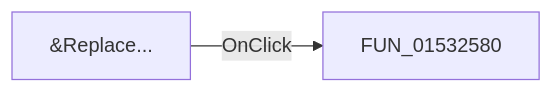
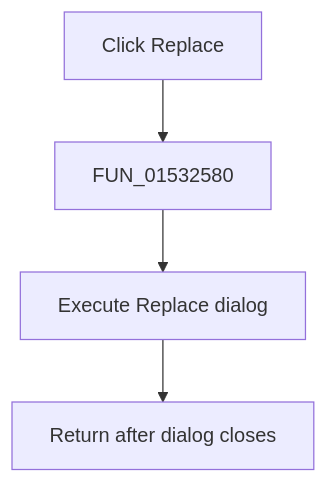
One commit to MovGP0/TIARA changed the diagram in docs/ui-controls/netlisteditor/mireplace-5123458aeb.md. Above: the diagram before and after it, drawn with Mermaid. The commit also changed other lines of this file and 1062 other files, not shown here.

````diff
--- a/docs/ui-controls/netlisteditor/mireplace-5123458aeb.md
+++ b/docs/ui-controls/netlisteditor/mireplace-5123458aeb.md
@@ -27,4 +29,6 @@
 ```mermaid
-flowchart LR
-    control["&Replace..."] -->|OnClick| handler["FUN_01532580"]
+flowchart TD
+    control["Click Replace"] --> handler["FUN_01532580"]
+    handler --> dialog["Execute Replace dialog"]
+    dialog --> done["Return after dialog closes"]
 ```
````
